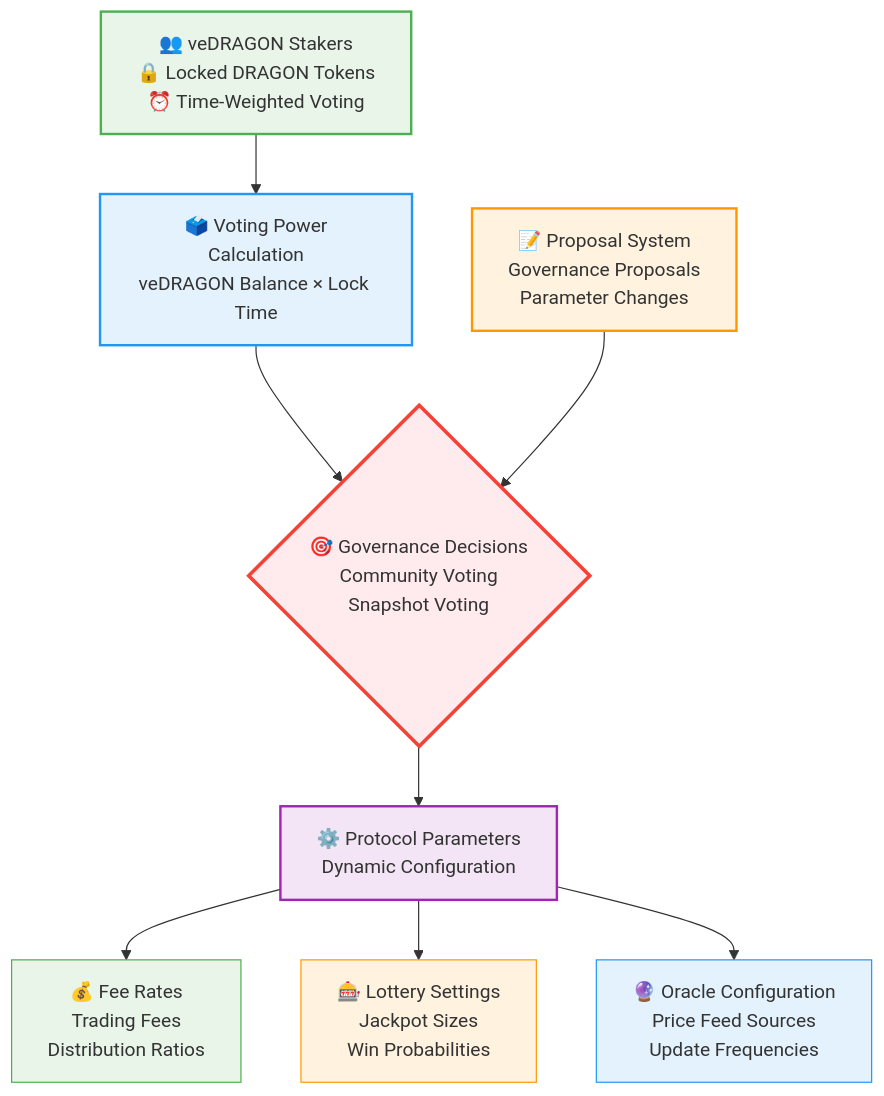
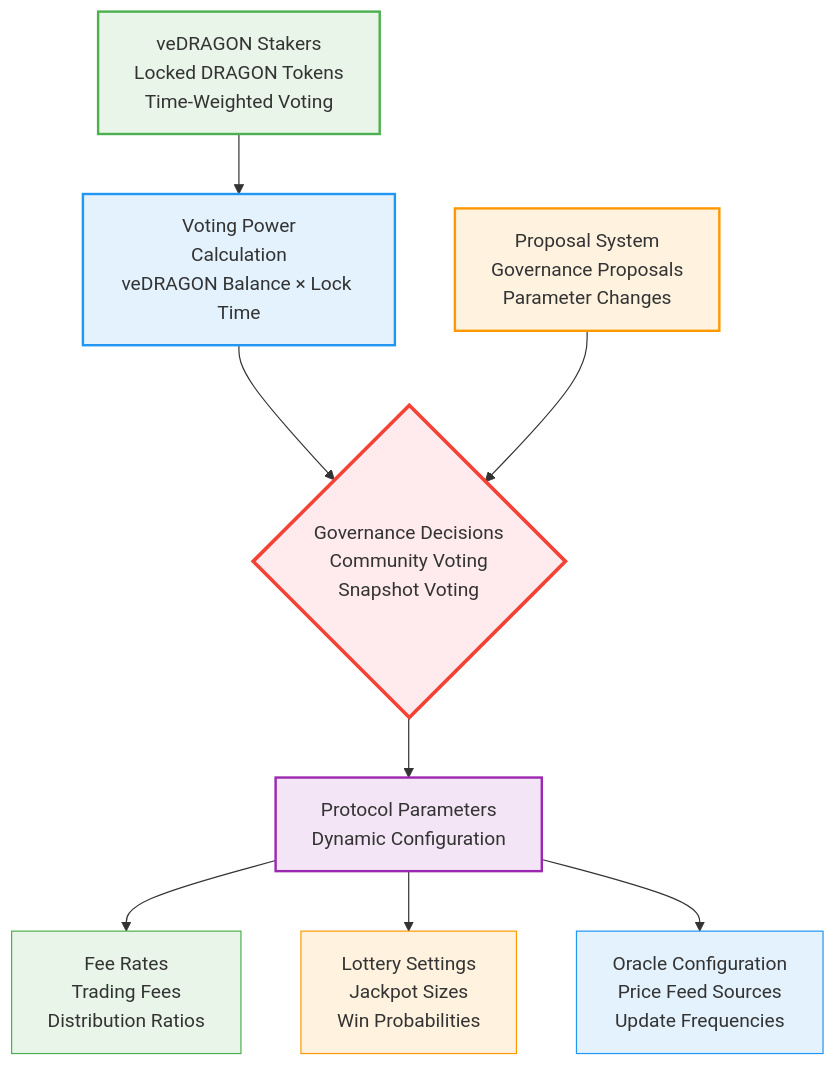
Before and after one commit to omnidragon-io/docs: the eighth of 11 diagrams in docs/diagrams.md, drawn with Mermaid. The commit also changed other lines of this file, not shown here.

First line of the commit message:
docs: remove all emojis from Mermaid diagrams for clean, professional appearance

````diff
--- a/docs/diagrams.md
+++ b/docs/diagrams.md
@@ -289,27 +289,27 @@
 ```mermaid
 flowchart TD
-    STAKERS[👥 veDRAGON Stakers<br/>🔒 Locked DRAGON Tokens<br/>⏰ Time-Weighted Voting] --> VOTING
+    STAKERS[veDRAGON Stakers<br/>Locked DRAGON Tokens<br/>Time-Weighted Voting] --> VOTING
 
-    VOTING[🗳️ Voting Power<br/>Calculation<br/>veDRAGON Balance × Lock Time] --> DECISIONS
+    VOTING[Voting Power<br/>Calculation<br/>veDRAGON Balance × Lock Time] --> DECISIONS
 
-    PROPOSALS[📝 Proposal System<br/>Governance Proposals<br/>Parameter Changes] --> DECISIONS
+    PROPOSALS[Proposal System<br/>Governance Proposals<br/>Parameter Changes] --> DECISIONS
 
-    DECISIONS{🎯 Governance Decisions<br/>Community Voting<br/>Snapshot Voting} --> PARAMETERS
+    DECISIONS{Governance Decisions<br/>Community Voting<br/>Snapshot Voting} --> PARAMETERS
 
-    PARAMETERS[⚙️ Protocol Parameters<br/>Dynamic Configuration]
+    PARAMETERS[Protocol Parameters<br/>Dynamic Configuration]
 
-    PARAMETERS --> FEES[💰 Fee Rates<br/>Trading Fees<br/>Distribution Ratios]
+    PARAMETERS --> FEES[Fee Rates<br/>Trading Fees<br/>Distribution Ratios]
 
-    PARAMETERS --> LOTTERY[🎰 Lottery Settings<br/>Jackpot Sizes<br/>Win Probabilities]
+    PARAMETERS --> LOTTERY[Lottery Settings<br/>Jackpot Sizes<br/>Win Probabilities]
 
-    PARAMETERS --> ORACLE[🔮 Oracle Configuration<br/>Price Feed Sources<br/>Update Frequencies]
+    PARAMETERS --> ORACLE[Oracle Configuration<br/>Price Feed Sources<br/>Update Frequencies]
 
     style STAKERS fill:#e8f5e8,stroke:#4caf50,stroke-width:2px
     style VOTING fill:#e3f2fd,stroke:#2196f3,stroke-width:2px
     style PROPOSALS fill:#fff3e0,stroke:#ff9800,stroke-width:2px
     style DECISIONS fill:#ffebee,stroke:#f44336,stroke-width:3px
     style PARAMETERS fill:#f3e5f5,stroke:#9c27b0,stroke-width:2px
     style FEES fill:#e8f5e8,stroke:#4caf50
     style LOTTERY fill:#fff3e0,stroke:#ff9800
     style ORACLE fill:#e3f2fd,stroke:#2196f3
 ```
````
